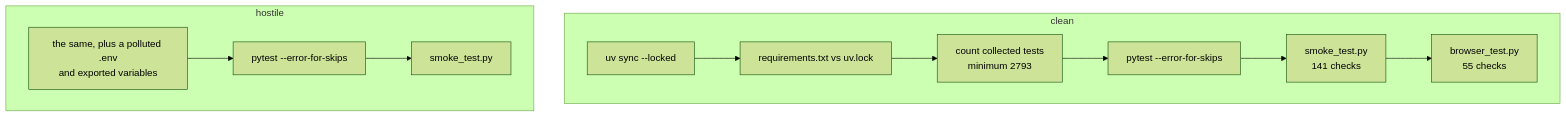
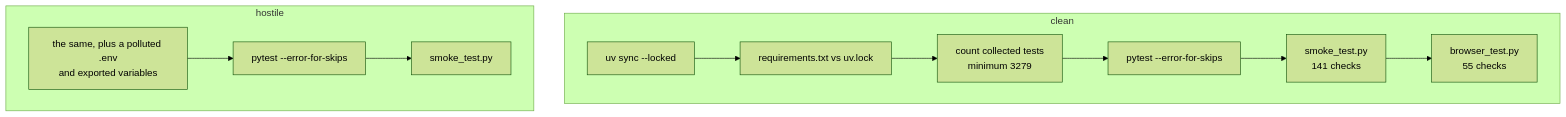
One commit to IAMN1/link-shortener changed the diagram in docs/testing.md. Above: the diagram before and after it, drawn with Mermaid (forest theme). The commit also changed other lines of this file and 4 other files, not shown here.

````diff
--- a/docs/testing.md
+++ b/docs/testing.md
@@ -399,12 +399,12 @@
 ```mermaid
 flowchart TD
     subgraph clean["clean"]
         C1[uv sync --locked] --> C2[requirements.txt vs uv.lock]
-        C2 --> C3[count collected tests<br/>minimum 2793] --> C4[pytest --error-for-skips]
+        C2 --> C3[count collected tests<br/>minimum 3279] --> C4[pytest --error-for-skips]
         C4 --> C5[smoke_test.py<br/>141 checks] --> C6[browser_test.py<br/>55 checks]
     end
     subgraph hostile["hostile"]
         H1[the same, plus a polluted .env<br/>and exported variables] --> H2[pytest --error-for-skips]
         H2 --> H3[smoke_test.py]
     end
 ```
````
